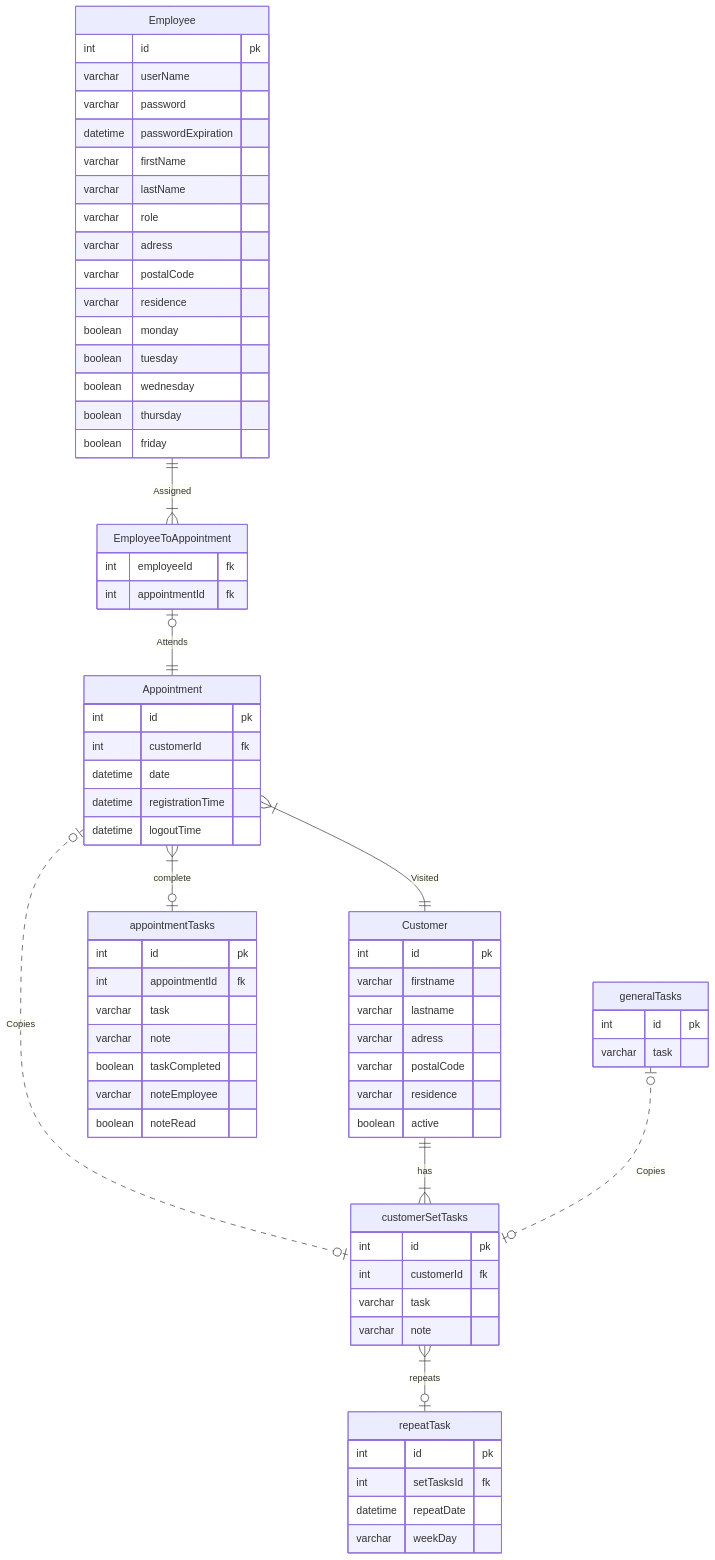
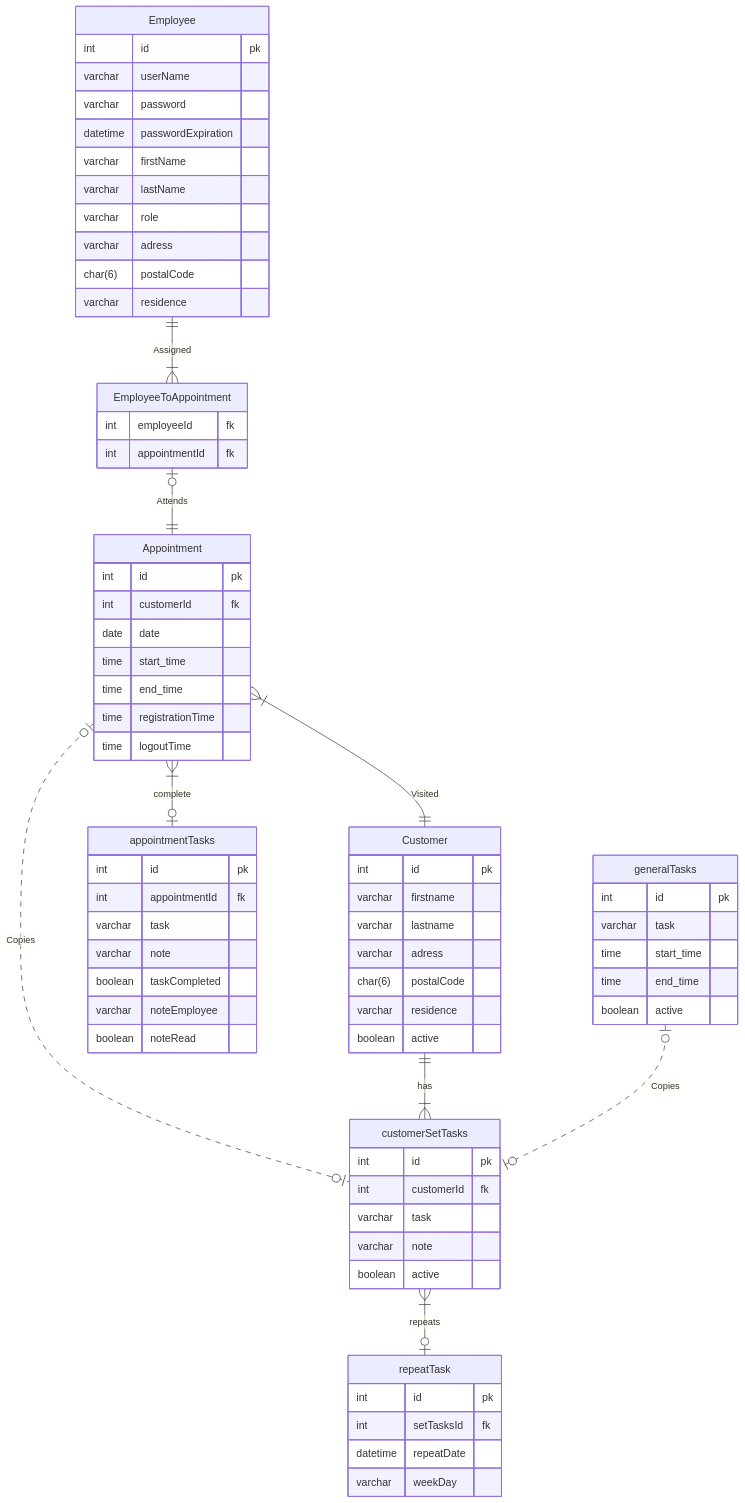
Before and after one commit to Educom-Trainees/educom-zorgApp: the diagram in documentation/ERD.md, drawn with Mermaid.

````diff
--- a/documentation/ERD.md
+++ b/documentation/ERD.md
@@ -1,82 +1,83 @@
 ```mermaid
 erDiagram
   Employee ||--|{ EmployeeToAppointment : Assigned
   Employee{
   int id pk
   varchar userName
   varchar password
   datetime passwordExpiration
   varchar firstName
   varchar lastName
   varchar role
   varchar adress
-  varchar postalCode
+  char(6) postalCode
   varchar residence
-  boolean monday
-  boolean tuesday
-  boolean wednesday
-  boolean thursday
-  boolean friday
   }
 
   EmployeeToAppointment o|--|| Appointment : Attends
   EmployeeToAppointment{
   int employeeId fk
   int appointmentId fk
   }
 
   Appointment }|--|| Customer : Visited
   Appointment }|--|o appointmentTasks : complete
   Appointment o|..|o customerSetTasks : Copies
   Appointment{
   int id pk
   int customerId fk
-  datetime date
-  datetime registrationTime
-  datetime logoutTime
+  date date
+  time start_time
+  time end_time
+  time registrationTime
+  time logoutTime
   }
 
   appointmentTasks{
   int id pk
   int appointmentId fk
   varchar task
   varchar note
   boolean taskCompleted
   varchar noteEmployee
   boolean noteRead
   }
 
   Customer ||--|{ customerSetTasks : has
   Customer{
   int id pk
   varchar firstname
   varchar lastname
   varchar adress
-  varchar postalCode
+  char(6) postalCode
   varchar residence
   boolean active
   }
 
   generalTasks o|..|o customerSetTasks : Copies
   generalTasks{
   int id pk
   varchar task
+  time start_time
+  time end_time
+  boolean active
   }
 
   customerSetTasks }|--|o repeatTask : repeats
   customerSetTasks{
   int id pk
   int customerId fk
   varchar task
   varchar note
+  boolean active
   }
 
   repeatTask{
   int id pk
   int setTasksId fk
   datetime repeatDate
   varchar weekDay
   }
 
 
 ```
````
